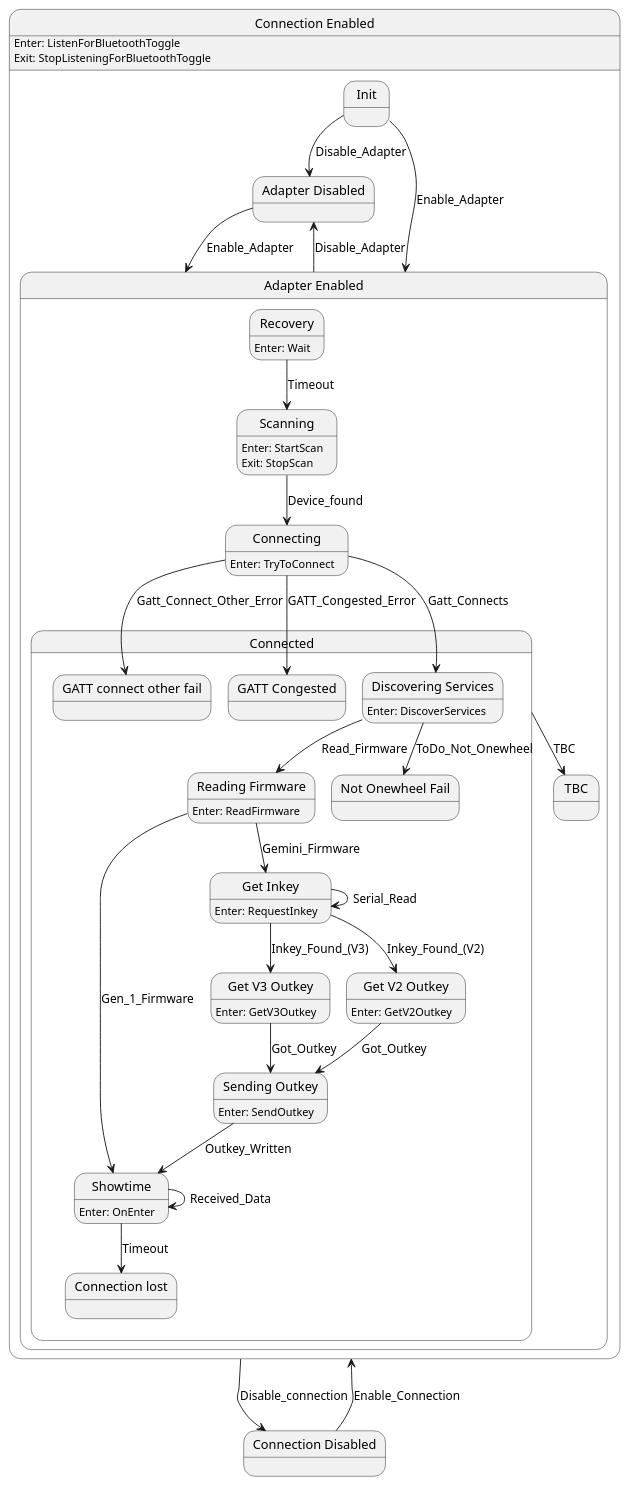
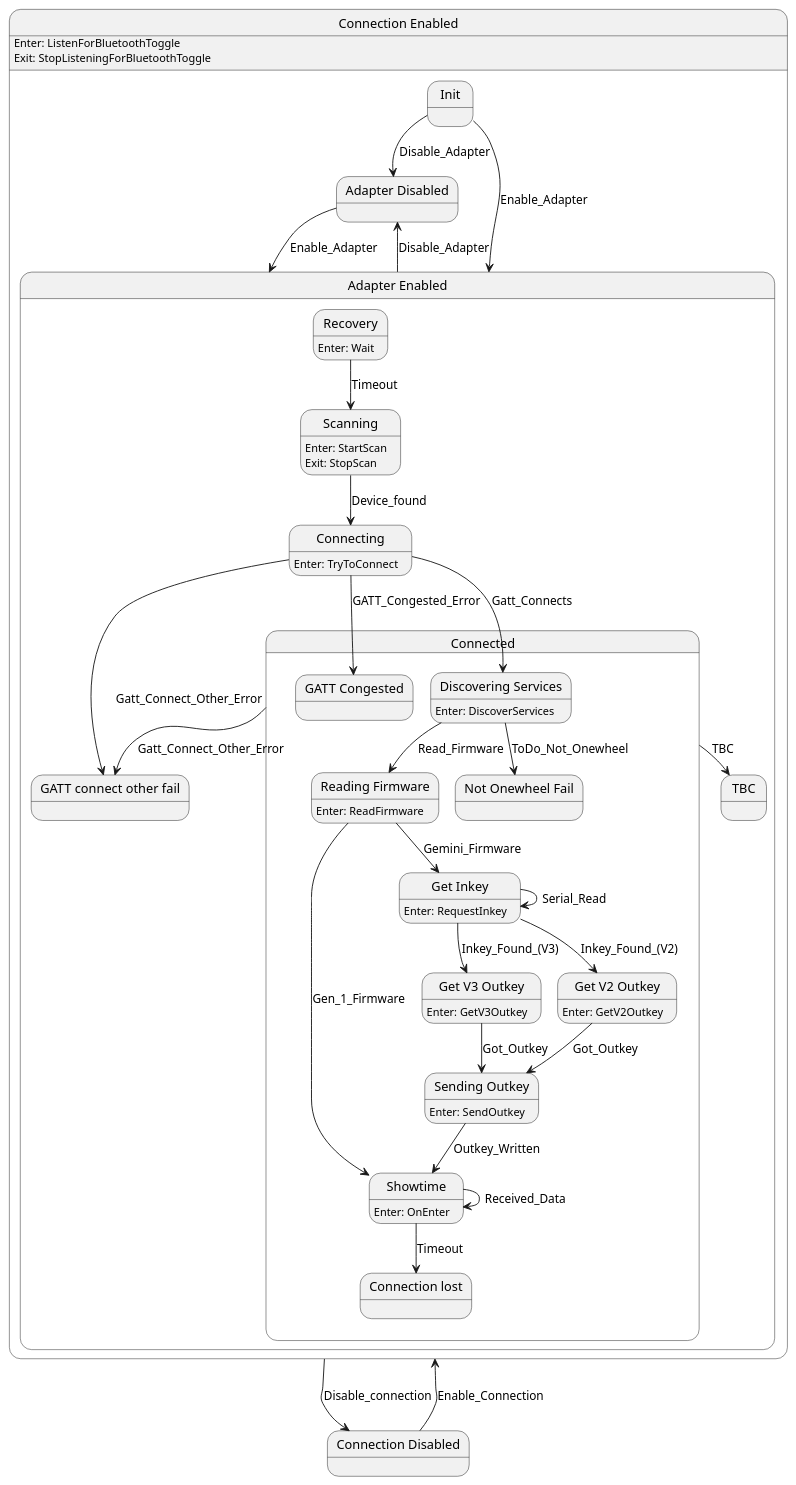
One commit to tekkies/android-ponewheel changed the diagram in doc/ponewheel-state.plantuml. Above: the diagram before and after it, drawn with PlantUML. The commit also changed 2 other files, not shown here.

```diff
--- a/doc/ponewheel-state.plantuml
+++ b/doc/ponewheel-state.plantuml
@@ -1,80 +1,81 @@
 @startuml
 state "Connection Enabled" as Connection_Enabled  {
     state "Adapter Disabled" as Adapter_Disabled  {
     }
     state "Adapter Enabled" as Adapter_Enabled  {
         state "Connected" as Connected  {
             state "Reading Firmware" as Reading_Firmware  {
 Reading_Firmware : Enter: ReadFirmware
             }
             state "Showtime" as Showtime  {
 Showtime : Enter: OnEnter
             }
             state "Get Inkey" as Get_Inkey  {
 Get_Inkey : Enter: RequestInkey
             }
             state "Get V2 Outkey" as Get_V2_Outkey  {
 Get_V2_Outkey : Enter: GetV2Outkey
             }
             state "Get V3 Outkey" as Get_V3_Outkey  {
 Get_V3_Outkey : Enter: GetV3Outkey
             }
             state "Sending Outkey" as Sending_Outkey  {
 Sending_Outkey : Enter: SendOutkey
             }
-            state "GATT connect other fail" as GATT_connect_other_fail  {
-            }
             state "GATT Congested" as GATT_Congested  {
             }
             state "Not Onewheel Fail" as Not_Onewheel_Fail  {
             }
             state "Connection lost" as Connection_lost  {
             }
             state "Discovering Services" as Discovering_Services  {
 Discovering_Services : Enter: DiscoverServices
             }
         }
         state "Connecting" as Connecting  {
 Connecting : Enter: TryToConnect
         }
         state "Recovery" as Recovery  {
 Recovery : Enter: Wait
+        }
+        state "GATT connect other fail" as GATT_connect_other_fail  {
         }
         state "TBC" as TBC  {
         }
         state "Scanning" as Scanning  {
 Scanning : Enter: StartScan\nExit: StopScan
         }
     }
     state "Init" as Init  {
     }
 Connection_Enabled : Enter: ListenForBluetoothToggle\nExit: StopListeningForBluetoothToggle
 }
 state "Connection Disabled" as Connection_Disabled  {
 }
 Adapter_Disabled --> Adapter_Enabled : Enable_Adapter
 Reading_Firmware --> Showtime : Gen_1_Firmware
 Reading_Firmware --> Get_Inkey : Gemini_Firmware
 Showtime --> Showtime : Received_Data
 Showtime --> Connection_lost : Timeout
 Get_Inkey --> Get_Inkey : Serial_Read
 Get_Inkey --> Get_V2_Outkey : Inkey_Found_(V2)
 Get_Inkey --> Get_V3_Outkey : Inkey_Found_(V3)
 Get_V2_Outkey --> Sending_Outkey : Got_Outkey
 Get_V3_Outkey --> Sending_Outkey : Got_Outkey
 Sending_Outkey --> Showtime : Outkey_Written
 Discovering_Services --> Not_Onewheel_Fail : ToDo_Not_Onewheel
 Discovering_Services --> Reading_Firmware : Read_Firmware
 Connected --> TBC : TBC
+Connected --> GATT_connect_other_fail : Gatt_Connect_Other_Error
 Connecting --> Discovering_Services : Gatt_Connects
 Connecting --> GATT_connect_other_fail : Gatt_Connect_Other_Error
 Connecting --> GATT_Congested : GATT_Congested_Error
 Recovery --> Scanning : Timeout
 Scanning --> Connecting : Device_found
 Adapter_Enabled --> Adapter_Disabled : Disable_Adapter
 Init --> Adapter_Enabled : Enable_Adapter
 Init --> Adapter_Disabled : Disable_Adapter
 Connection_Enabled --> Connection_Disabled : Disable_connection
 Connection_Disabled --> Connection_Enabled : Enable_Connection
  
 @enduml
```
